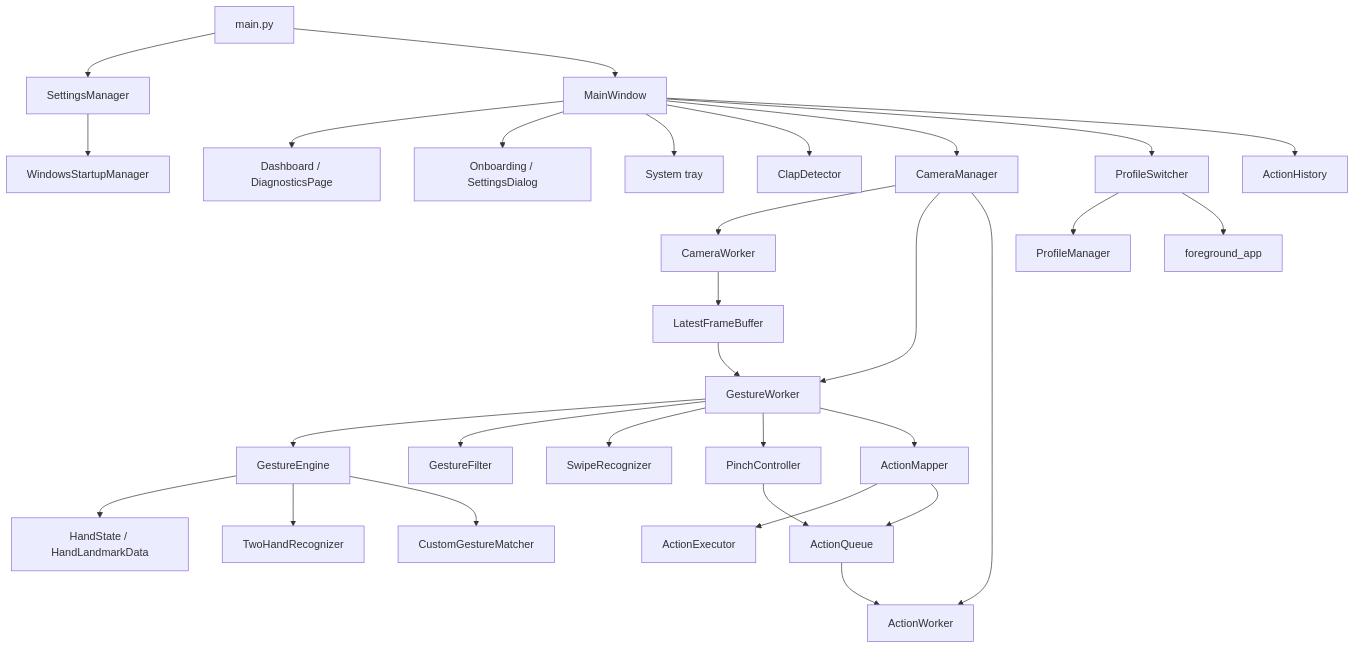
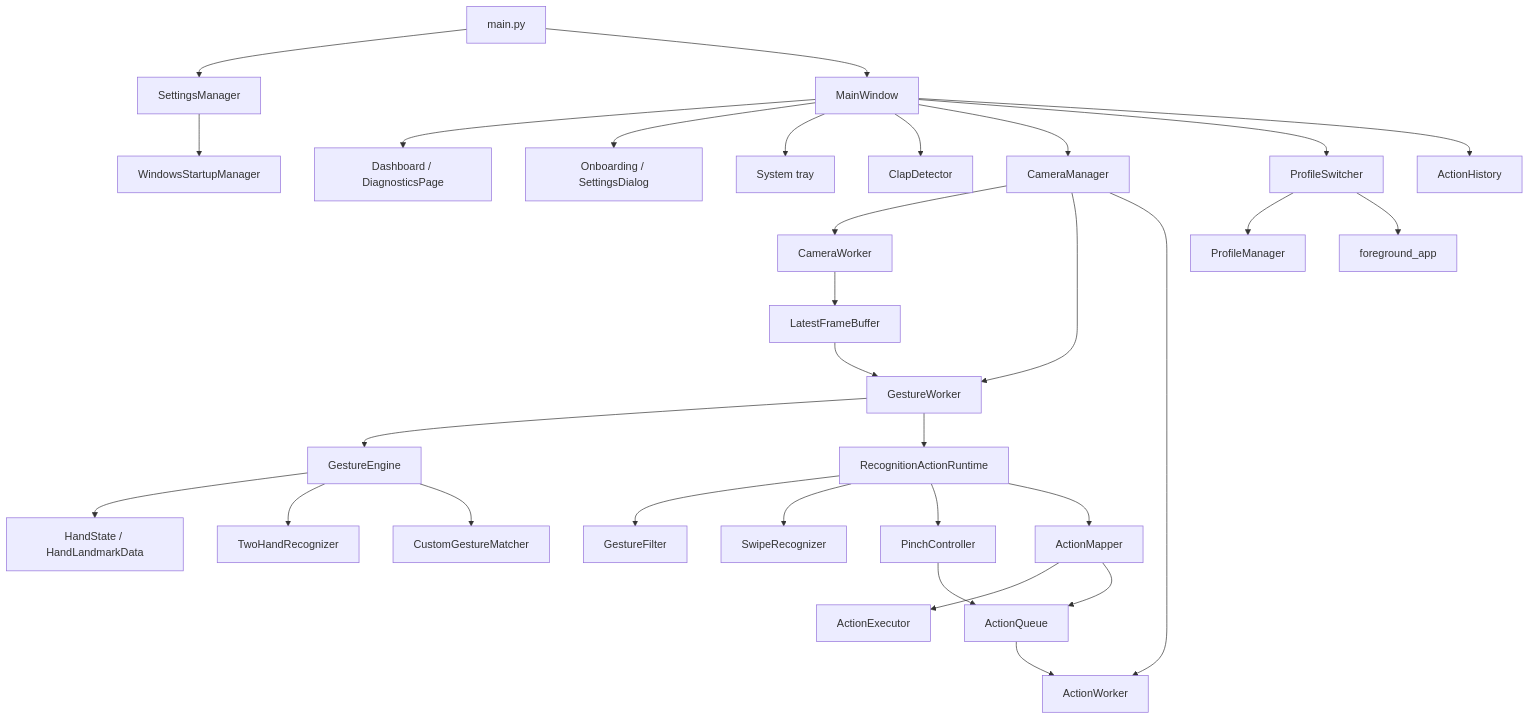
One commit to IshitaBhatt486/GestureControl changed the second of 2 diagrams in docs/architecture.md. Above: the diagram before and after it, drawn with Mermaid. The commit also changed other lines of this file and 75 other files, not shown here.

````diff
--- a/docs/architecture.md
+++ b/docs/architecture.md
@@ -35,35 +35,36 @@
 ```mermaid
 flowchart TB
     Main[main.py] --> Settings[SettingsManager]
     Settings --> Startup[WindowsStartupManager]
     Main --> Window[MainWindow]
     Window --> Pages[Dashboard / DiagnosticsPage]
     Window --> Dialogs[Onboarding / SettingsDialog]
     Window --> Tray[System tray]
     Window --> Clap[ClapDetector]
     Window --> Manager[CameraManager]
     Window --> Switcher[ProfileSwitcher]
     Window --> History[ActionHistory]
 
     Switcher --> ProfileMgr[ProfileManager]
     Switcher --> Foreground[foreground_app]
 
     Manager --> Capture[CameraWorker]
     Manager --> Recognition[GestureWorker]
     Manager --> ActionWorker[ActionWorker]
     Capture --> Buffer[LatestFrameBuffer]
     Buffer --> Recognition
 
     Recognition --> Engine[GestureEngine]
     Engine --> Landmarks[HandState / HandLandmarkData]
     Engine --> TwoHand[TwoHandRecognizer]
     Engine --> Custom[CustomGestureMatcher]
-    Recognition --> Filter[GestureFilter]
-    Recognition --> Swipe[SwipeRecognizer]
-    Recognition --> Pinch[PinchController]
-    Recognition --> Mapper[ActionMapper]
+    Recognition --> Runtime[RecognitionActionRuntime]
+    Runtime --> Filter[GestureFilter]
+    Runtime --> Swipe[SwipeRecognizer]
+    Runtime --> Pinch[PinchController]
+    Runtime --> Mapper[ActionMapper]
     Mapper --> Executor[ActionExecutor]
     Mapper --> Queue[ActionQueue]
     Pinch --> Queue
     Queue --> ActionWorker
 ```
````
